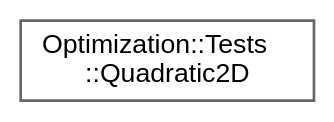
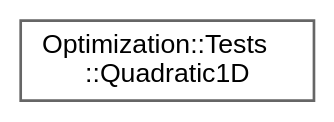
Before and after one commit to jswoo0615/Algorithms_for_Optimization_cpp: the diagram in inherit_graph_38.dot, drawn with Graphviz. The commit also changed 41 other files, not shown here.

```diff
--- a/inherit_graph_38.dot
+++ b/inherit_graph_38.dot
@@ -1,9 +1,9 @@
 digraph "Graphical Class Hierarchy"
 {
  // LATEX_PDF_SIZE
   bgcolor="transparent";
   edge [fontname=Helvetica,fontsize=10,labelfontname=Helvetica,labelfontsize=10];
   node [fontname=Helvetica,fontsize=10,shape=box,height=0.2,width=0.4];
   rankdir="LR";
-  Node0 [id="Node000000",label="Optimization::Tests\l::Quadratic2D",height=0.2,width=0.4,color="grey40", fillcolor="white", style="filled",URL="$structOptimization_1_1Tests_1_1Quadratic2D.html",tooltip=" "];
+  Node0 [id="Node000000",label="Optimization::Tests\l::Quadratic1D",height=0.2,width=0.4,color="grey40", fillcolor="white", style="filled",URL="$structOptimization_1_1Tests_1_1Quadratic1D.html",tooltip="1차원 2차 함수 (Quadratic Function) f(x) = (x - 3.0)^2 전역 최적점: x* = 3.0, f(x*) = 0.0"];
 }
```
